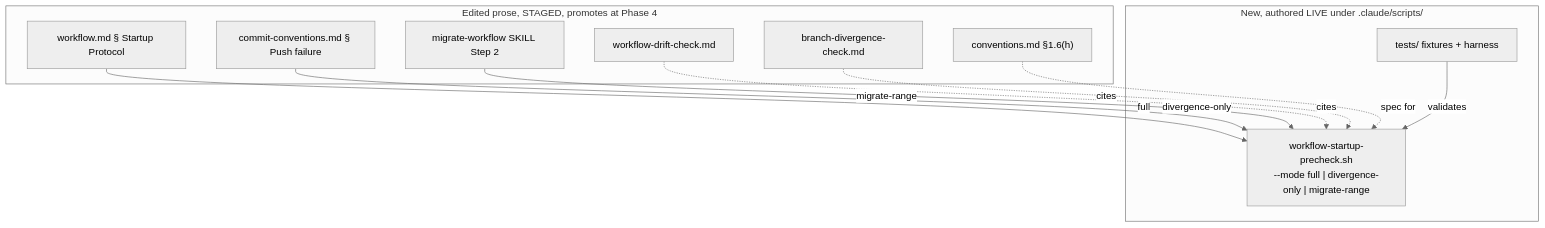
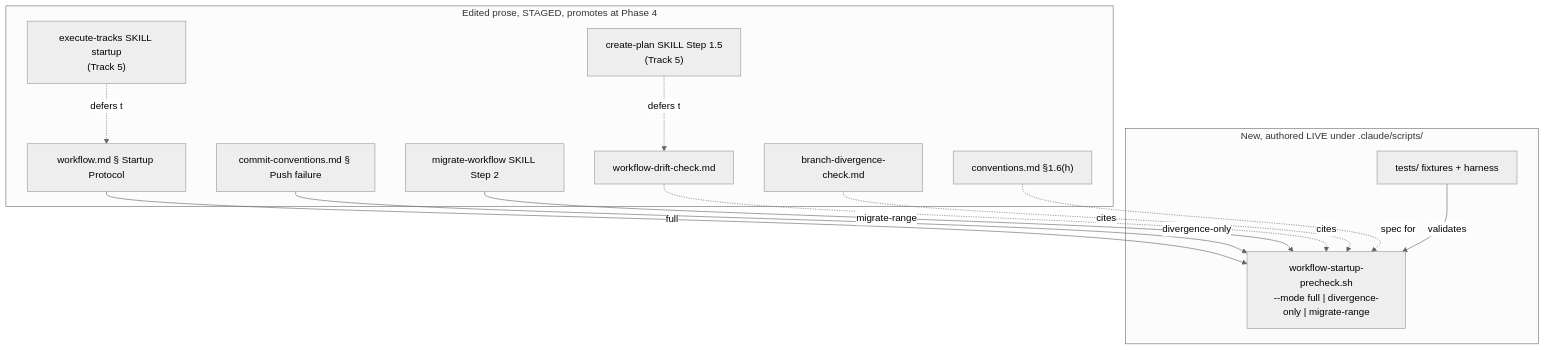
One commit to JetBrains/youtrackdb changed the diagram in docs/adr/ytdb-1007-script-startup/_workflow/implementation-plan.md. Above: the diagram before and after it, drawn with Mermaid (neutral theme). The commit also changed other lines of this file and 2 other files, not shown here.

First line of the commit message:
Inline replan: add Track 5 for SKILL entry-point reconciliation

````diff
--- a/docs/adr/ytdb-1007-script-startup/_workflow/implementation-plan.md
+++ b/docs/adr/ytdb-1007-script-startup/_workflow/implementation-plan.md
@@ -55,22 +55,26 @@
 ```mermaid
 flowchart TD
     subgraph live["New, authored LIVE under .claude/scripts/"]
         SH["workflow-startup-precheck.sh<br/>--mode full | divergence-only | migrate-range"]
         T["tests/ fixtures + harness"]
     end
     subgraph staged["Edited prose, STAGED, promotes at Phase 4"]
         WF["workflow.md § Startup Protocol"]
         DC["workflow-drift-check.md"]
         BD["branch-divergence-check.md"]
         CV["conventions.md §1.6(h)"]
         CC["commit-conventions.md § Push failure"]
         MG["migrate-workflow SKILL Step 2"]
+        ET["execute-tracks SKILL startup<br/>(Track 5)"]
+        CP["create-plan SKILL Step 1.5<br/>(Track 5)"]
     end
     WF -->|"full"| SH
     CC -->|"divergence-only"| SH
     MG -->|"migrate-range"| SH
     DC -.cites.-> SH
     BD -.cites.-> SH
     CV -.spec for.-> SH
+    ET -.defers to.-> WF
+    CP -.defers to.-> DC
     T -->|validates| SH
 ```
````
